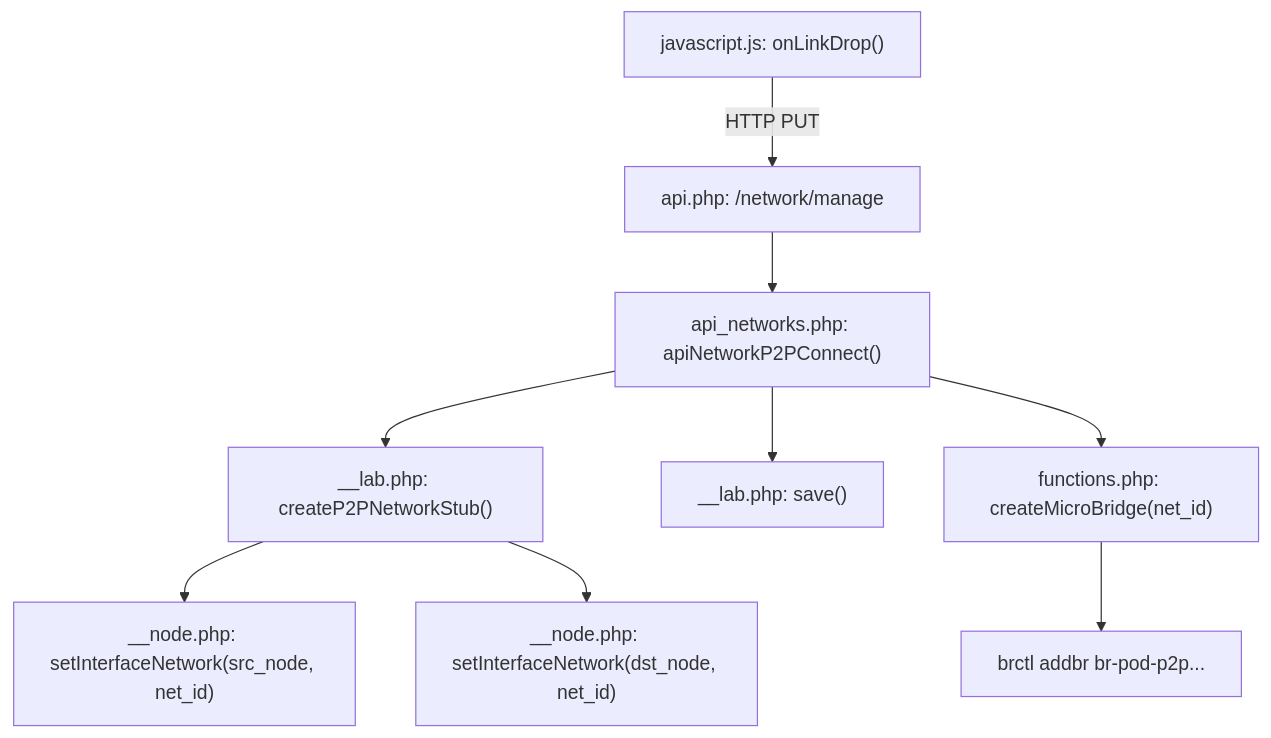
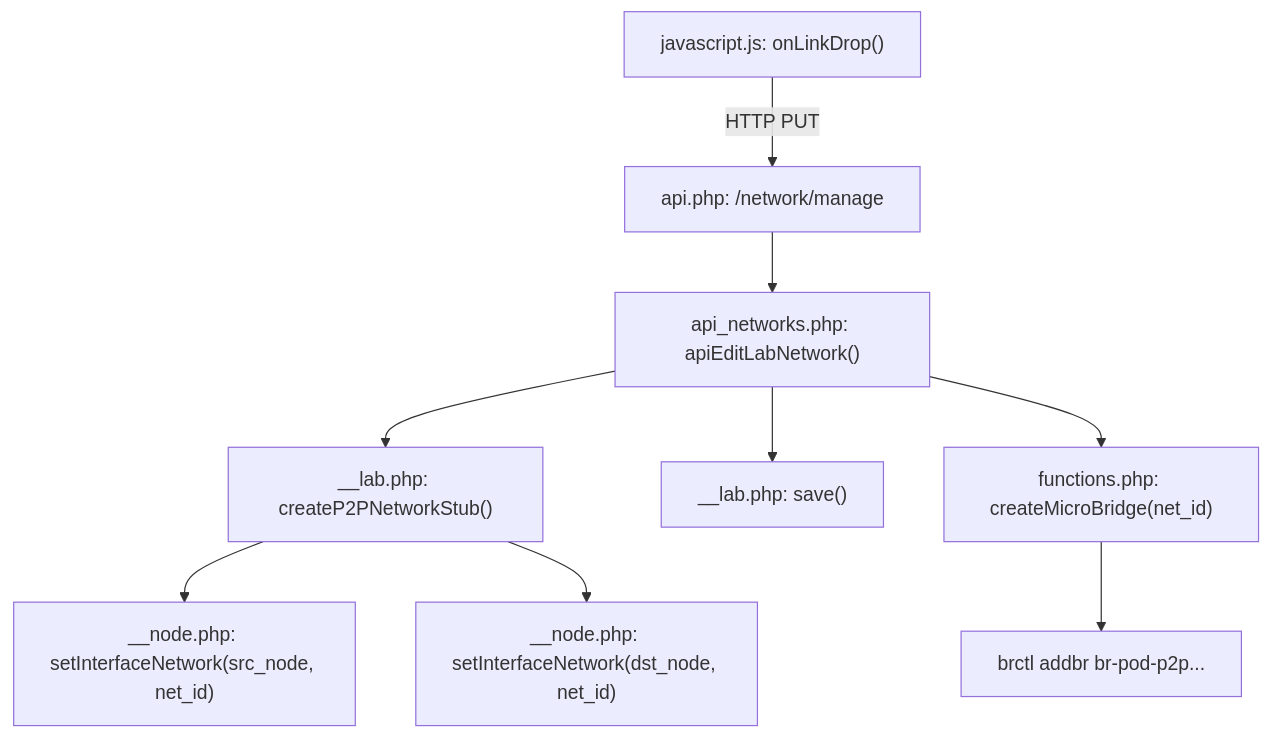
Before and after one commit to Luuxinhxinh/pnet-v8: the diagram in docs/03-diagrams/f09-network-p2p-links-callgraph.md, drawn with Mermaid. The commit also changed 39 other files, not shown here.

````diff
--- a/docs/03-diagrams/f09-network-p2p-links-callgraph.md
+++ b/docs/03-diagrams/f09-network-p2p-links-callgraph.md
@@ -9,11 +9,11 @@
 ```mermaid
 graph TD
     UI["javascript.js: onLinkDrop()"] -->|HTTP PUT| API["api.php: /network/manage"]
-    API --> CONTROLLER["api_networks.php: apiNetworkP2PConnect()"]
+    API --> CONTROLLER["api_networks.php: apiEditLabNetwork()"]
     CONTROLLER --> CREATE_STUB["__lab.php: createP2PNetworkStub()"]
     CREATE_STUB --> ATTACH_SRC["__node.php: setInterfaceNetwork(src_node, net_id)"]
     CREATE_STUB --> ATTACH_DST["__node.php: setInterfaceNetwork(dst_node, net_id)"]
     CONTROLLER --> SAVE_LAB["__lab.php: save()"]
     CONTROLLER --> KERNEL_BR["functions.php: createMicroBridge(net_id)"]
     KERNEL_BR --> BRCTL["brctl addbr br-pod-p2p..."]
 ```
````
